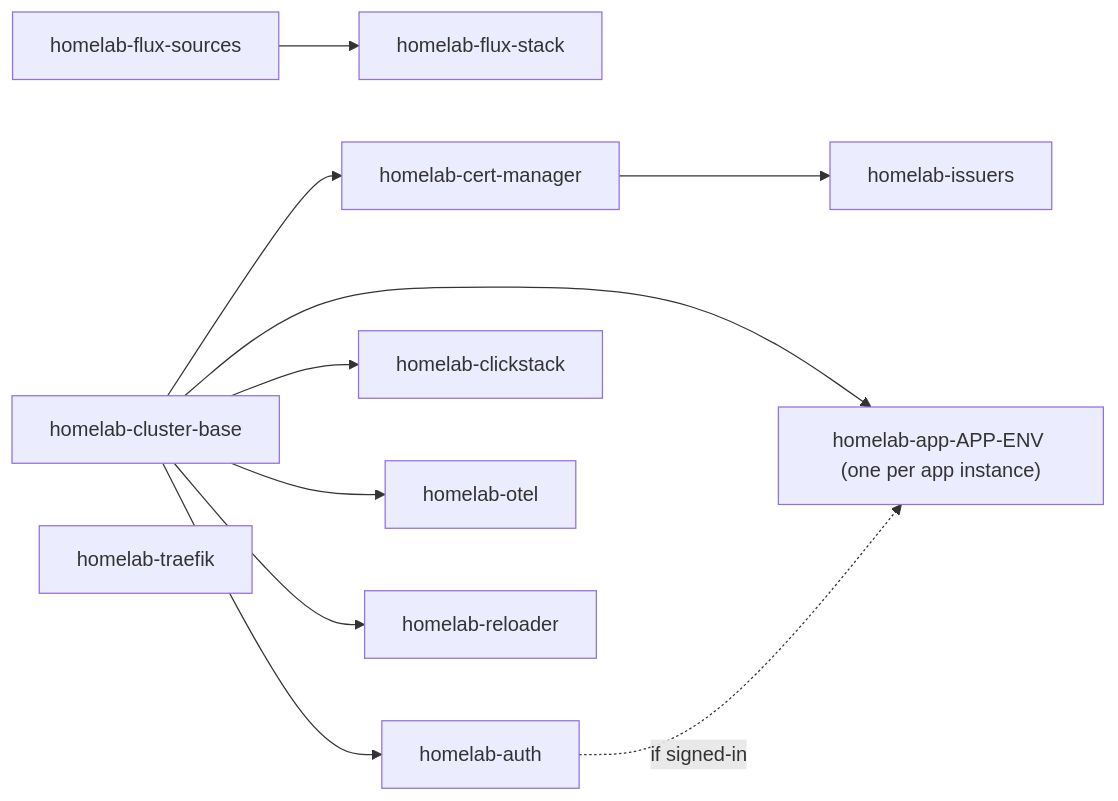
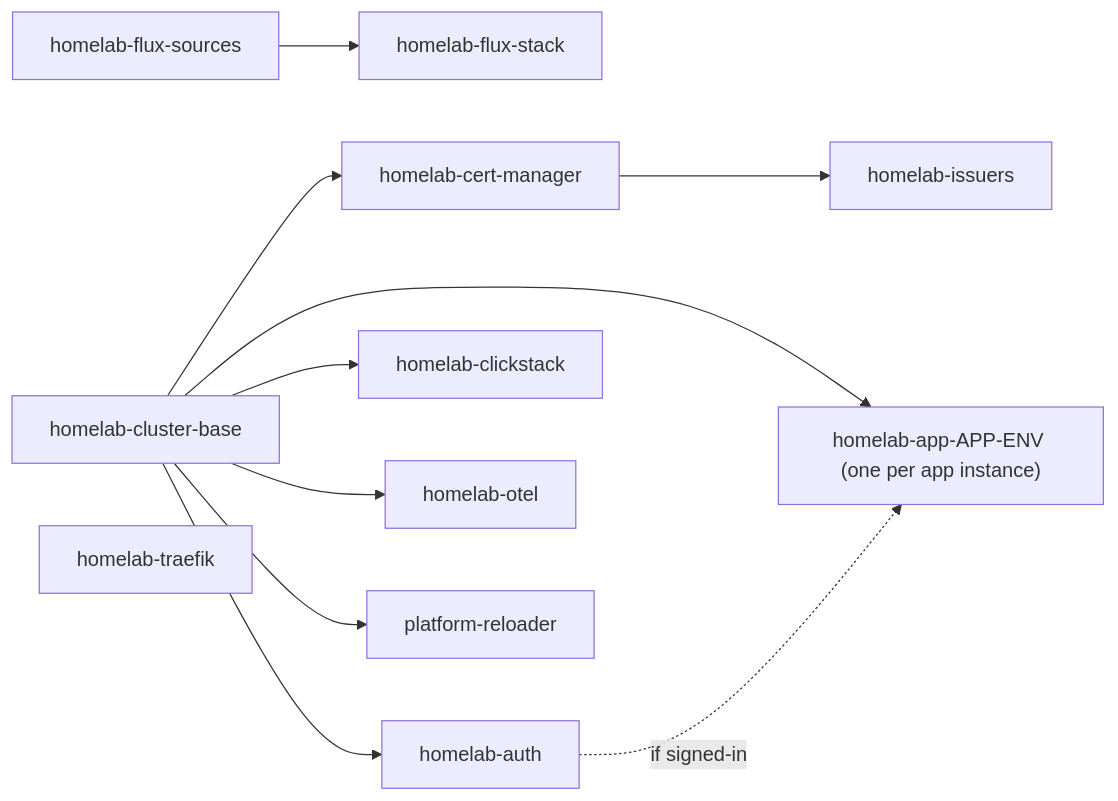
Before and after one commit to samclement/swhurl-platform: the diagram in docs/architecture.md, drawn with Mermaid. The commit also changed other lines of this file and 12 other files, not shown here.

Commit message:
refactor: homelab-reloader becomes platform-reloader at platform/reloader (step 4 canary, 2/2)

````diff
--- a/docs/architecture.md
+++ b/docs/architecture.md
@@ -30,12 +30,12 @@
 ```mermaid
 flowchart LR
   sources[homelab-flux-sources] --> stack[homelab-flux-stack]
   base[homelab-cluster-base] --> cm[homelab-cert-manager] --> issuers[homelab-issuers]
   base --> auth[homelab-auth]
   base --> clickstack[homelab-clickstack]
   base --> otel[homelab-otel]
-  base --> reloader[homelab-reloader]
+  base --> reloader[platform-reloader]
   traefik[homelab-traefik]
   base --> app["homelab-app-APP-ENV (one per app instance)"]
   auth -. if signed-in .-> app
 ```
````
